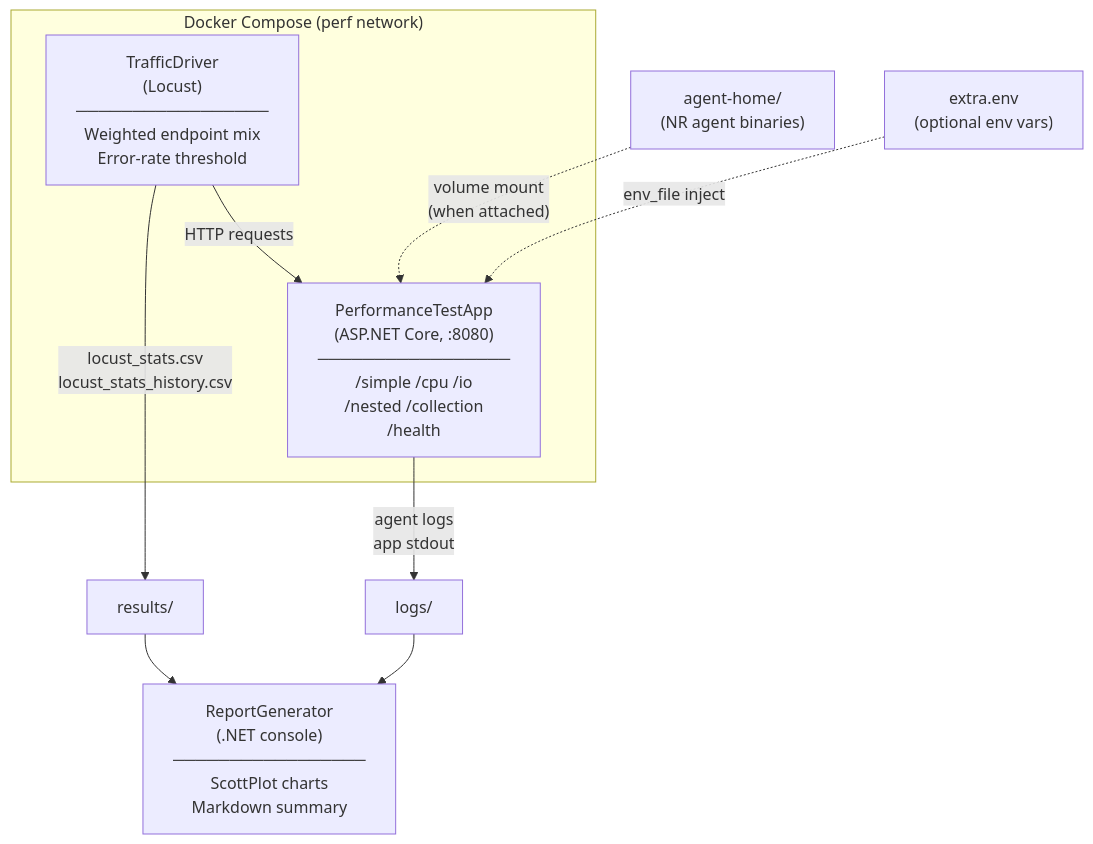
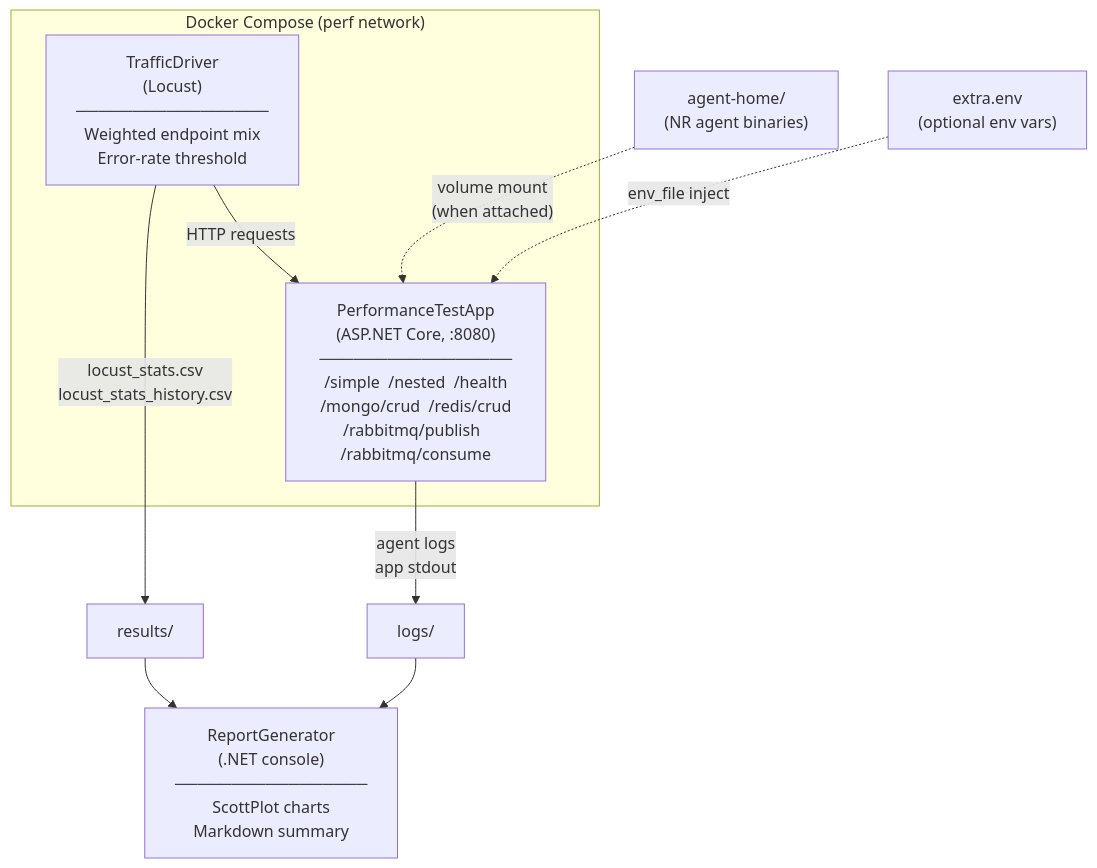
One commit to newrelic/newrelic-dotnet-agent changed the diagram in tests/Agent/PerformanceTests/README.md. Above: the diagram before and after it, drawn with Mermaid. The commit also changed other lines of this file and 8 other files, not shown here.

First line of the commit message:
ci: Improve the relevance of the performance test app (#3500)

````diff
--- a/tests/Agent/PerformanceTests/README.md
+++ b/tests/Agent/PerformanceTests/README.md
@@ -9,20 +9,20 @@
 ```mermaid
 flowchart TD
     subgraph Docker["Docker Compose (perf network)"]
-        TA["PerformanceTestApp\n(ASP.NET Core, :8080)\n─────────────────\n/simple  /cpu  /io\n/nested  /collection\n/health"]
+        TA["PerformanceTestApp\n(ASP.NET Core, :8080)\n─────────────────\n/simple  /nested  /health\n/mongo/crud  /redis/crud\n/rabbitmq/publish  /rabbitmq/consume"]
         TD["TrafficDriver\n(Locust)\n─────────────────\nWeighted endpoint mix\nError-rate threshold"]
         TD -- "HTTP requests" --> TA
     end
 
     AH["agent-home/\n(NR agent binaries)"]
     EE["extra.env\n(optional env vars)"]
 
     AH -. "volume mount\n(when attached)" .-> TA
     EE -. "env_file inject" .-> TA
 
     TD -- "locust_stats.csv\nlocust_stats_history.csv" --> RD["results/"]
     TA -- "agent logs\napp stdout" --> LD["logs/"]
 
     RD --> RG["ReportGenerator\n(.NET console)\n─────────────────\nScottPlot charts\nMarkdown summary"]
     LD --> RG
 ```
````
